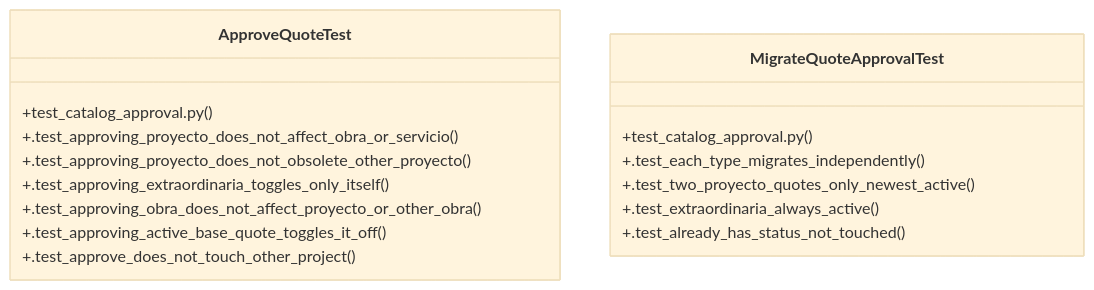
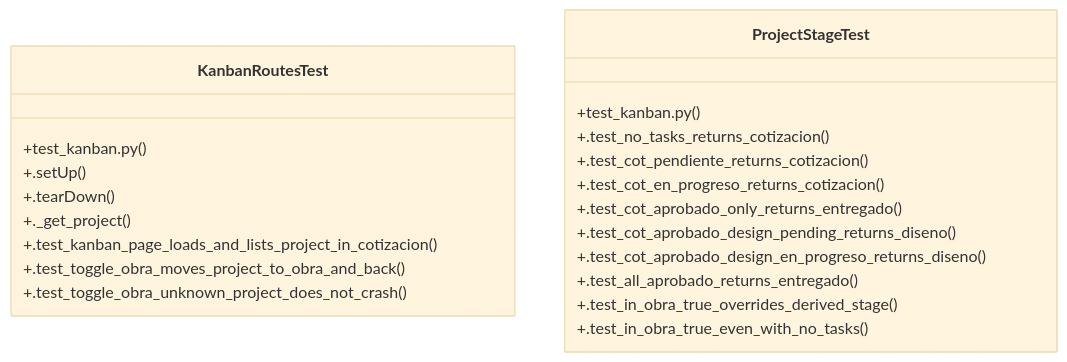
Before and after one commit to Daftrick/ProjectTracker: the diagram in graphify-out/wiki/Community_22.md, drawn with Mermaid (base theme). The commit also changed other lines of this file and 471 other files, not shown here.

````diff
--- a/graphify-out/wiki/Community_22.md
+++ b/graphify-out/wiki/Community_22.md
@@ -30,19 +33,24 @@
 ```mermaid
 classDiagram
-    class ApproveQuoteTest {
-        +test_catalog_approval.py()
-        +.test_approving_proyecto_does_not_affect_obra_or_servicio()
-        +.test_approving_proyecto_does_not_obsolete_other_proyecto()
-        +.test_approving_extraordinaria_toggles_only_itself()
-        +.test_approving_obra_does_not_affect_proyecto_or_other_obra()
-        +.test_approving_active_base_quote_toggles_it_off()
-        +.test_approve_does_not_touch_other_project()
+    class KanbanRoutesTest {
+        +test_kanban.py()
+        +.setUp()
+        +.tearDown()
+        +._get_project()
+        +.test_kanban_page_loads_and_lists_project_in_cotizacion()
+        +.test_toggle_obra_moves_project_to_obra_and_back()
+        +.test_toggle_obra_unknown_project_does_not_crash()
     }
-    class MigrateQuoteApprovalTest {
-        +test_catalog_approval.py()
-        +.test_each_type_migrates_independently()
-        +.test_two_proyecto_quotes_only_newest_active()
-        +.test_extraordinaria_always_active()
-        +.test_already_has_status_not_touched()
+    class ProjectStageTest {
+        +test_kanban.py()
+        +.test_no_tasks_returns_cotizacion()
+        +.test_cot_pendiente_returns_cotizacion()
+        +.test_cot_en_progreso_returns_cotizacion()
+        +.test_cot_aprobado_only_returns_entregado()
+        +.test_cot_aprobado_design_pending_returns_diseno()
+        +.test_cot_aprobado_design_en_progreso_returns_diseno()
+        +.test_all_aprobado_returns_entregado()
+        +.test_in_obra_true_overrides_derived_stage()
+        +.test_in_obra_true_even_with_no_tasks()
     }
 ```
````
